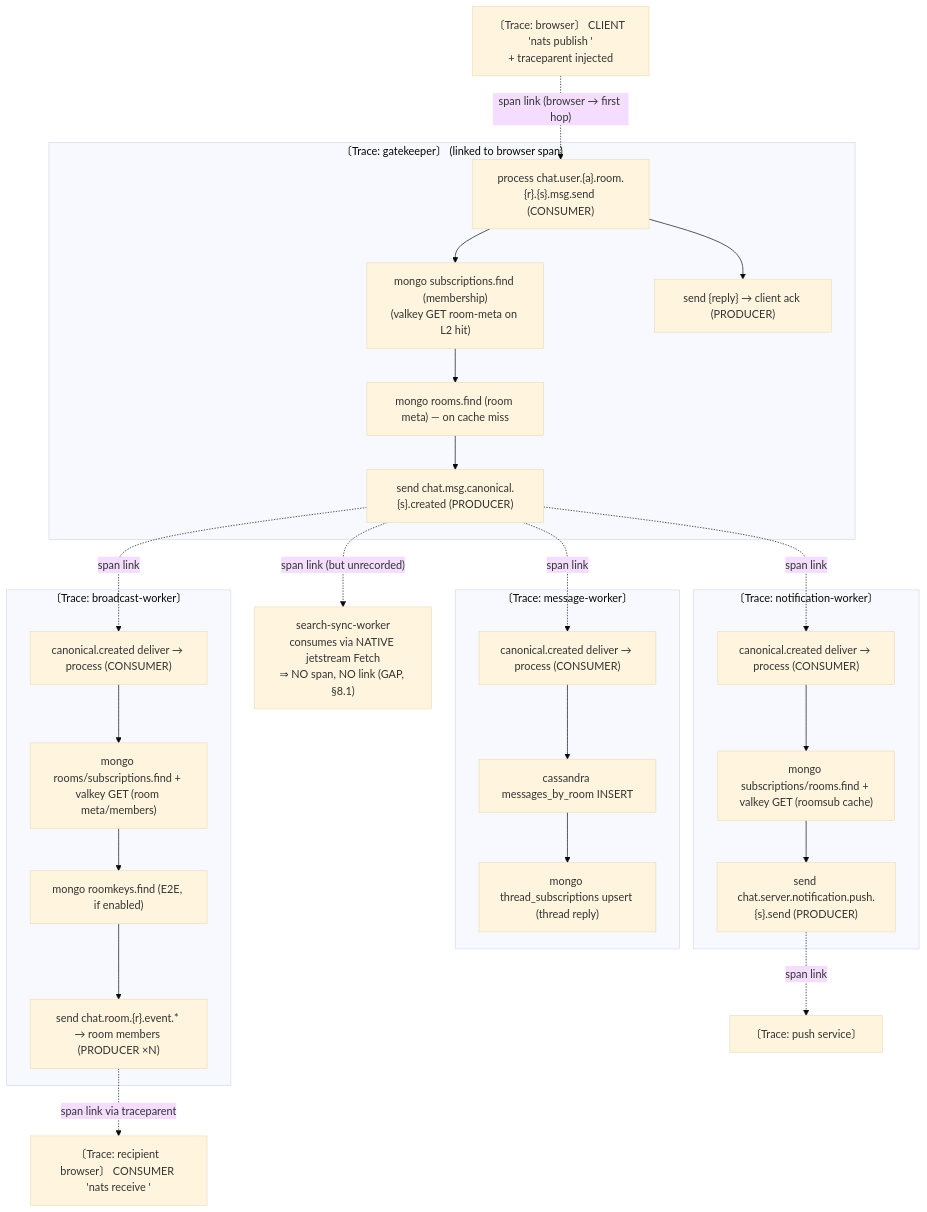
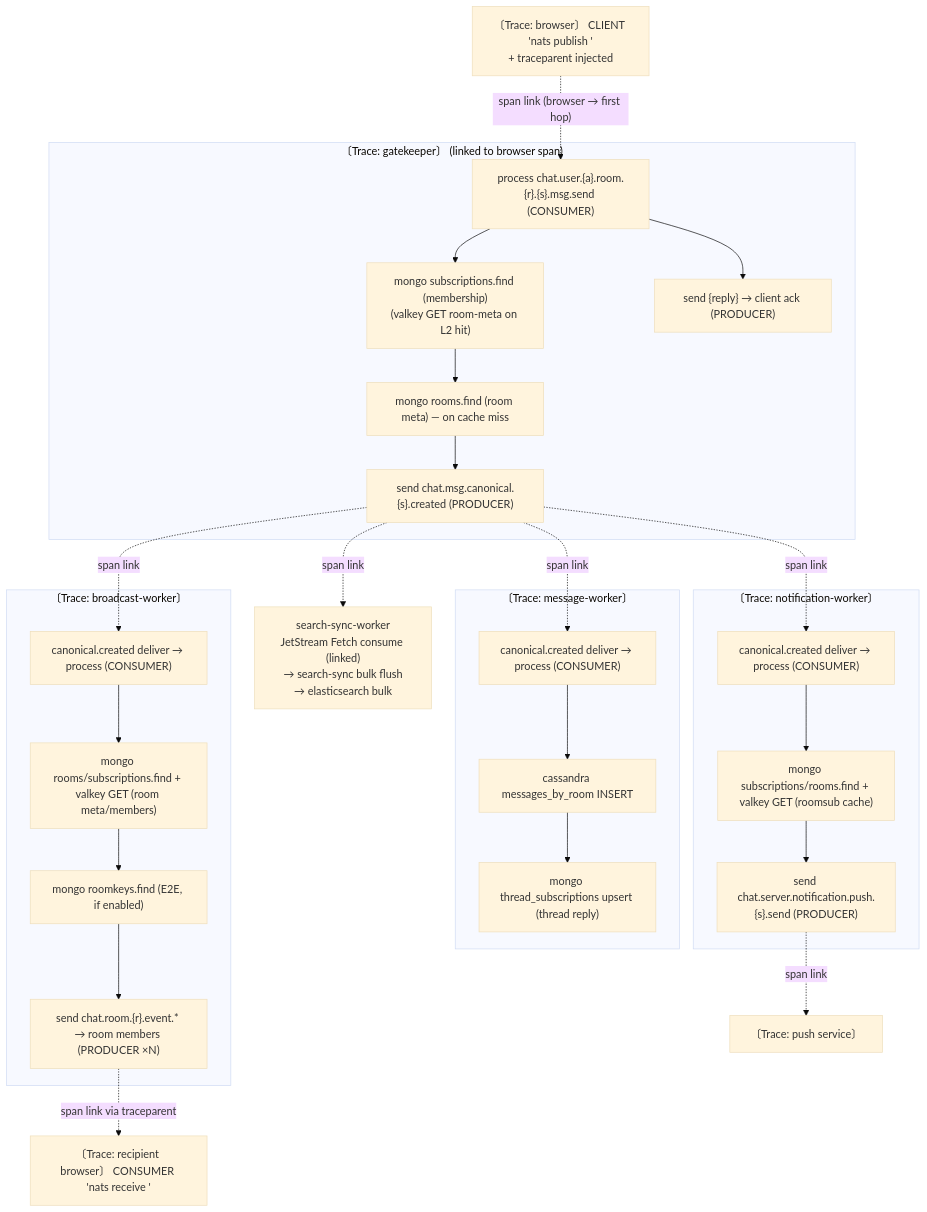
The first of 5 diagrams in docs/specs/o11y-trace-design.md (hmchangw/newchat), drawn with Mermaid (base theme) before and after one commit. The commit also changed other lines of this file and 4 other files, not shown here.

````diff
--- a/docs/specs/o11y-trace-design.md
+++ b/docs/specs/o11y-trace-design.md
@@ -86,46 +92,46 @@
 ```mermaid
 flowchart TB
     Client["〔Trace: browser〕 CLIENT 'nats publish <msg.send subject>'\n+ traceparent injected"]
 
     subgraph TGK["〔Trace: gatekeeper〕 (linked to browser span)"]
       GKp["process chat.user.{a}.room.{r}.{s}.msg.send (CONSUMER)"]
       GKsub["mongo subscriptions.find (membership)\n(valkey GET room-meta on L2 hit)"]
       GKroom["mongo rooms.find (room meta) — on cache miss"]
       GKsend["send chat.msg.canonical.{s}.created (PRODUCER)"]
       GKreply["send {reply} → client ack (PRODUCER)"]
       GKp --> GKsub --> GKroom --> GKsend
       GKp --> GKreply
     end
 
     subgraph TMW["〔Trace: message-worker〕"]
       MWp["canonical.created deliver → process (CONSUMER)"]
       MWcass["cassandra messages_by_room INSERT"]
       MWthread["mongo thread_subscriptions upsert (thread reply)"]
       MWp --> MWcass --> MWthread
     end
 
     subgraph TBW["〔Trace: broadcast-worker〕"]
       BWp["canonical.created deliver → process (CONSUMER)"]
       BWmeta["mongo rooms/subscriptions.find + valkey GET (room meta/members)"]
       BWkey["mongo roomkeys.find (E2E, if enabled)"]
       BWout["send chat.room.{r}.event.* → room members (PRODUCER ×N)"]
       BWp --> BWmeta --> BWkey --> BWout
     end
 
     subgraph TNW["〔Trace: notification-worker〕"]
       NWp["canonical.created deliver → process (CONSUMER)"]
       NWdb["mongo subscriptions/rooms.find + valkey GET (roomsub cache)"]
       NWpush["send chat.server.notification.push.{s}.send (PRODUCER)"]
       NWp --> NWdb --> NWpush
     end
 
-    SS["search-sync-worker\nconsumes via NATIVE jetstream Fetch\n⇒ NO span, NO link (GAP, §8.1)"]
+    SS["search-sync-worker\nJetStream Fetch consume (linked)\n→ search-sync bulk flush\n→ elasticsearch bulk"]
 
     Client -. "span link (browser → first hop)" .-> GKp
     GKsend -. "span link" .-> MWp
     GKsend -. "span link" .-> BWp
     GKsend -. "span link" .-> NWp
-    GKsend -. "span link (but unrecorded)" .-> SS
+    GKsend -. "span link" .-> SS
     NWpush -. "span link" .-> PushSvc["〔Trace: push service〕"]
     BWout -. "span link via traceparent" .-> Members["〔Trace: recipient browser〕 CONSUMER 'nats receive <room event subject>'"]
 ```
````
